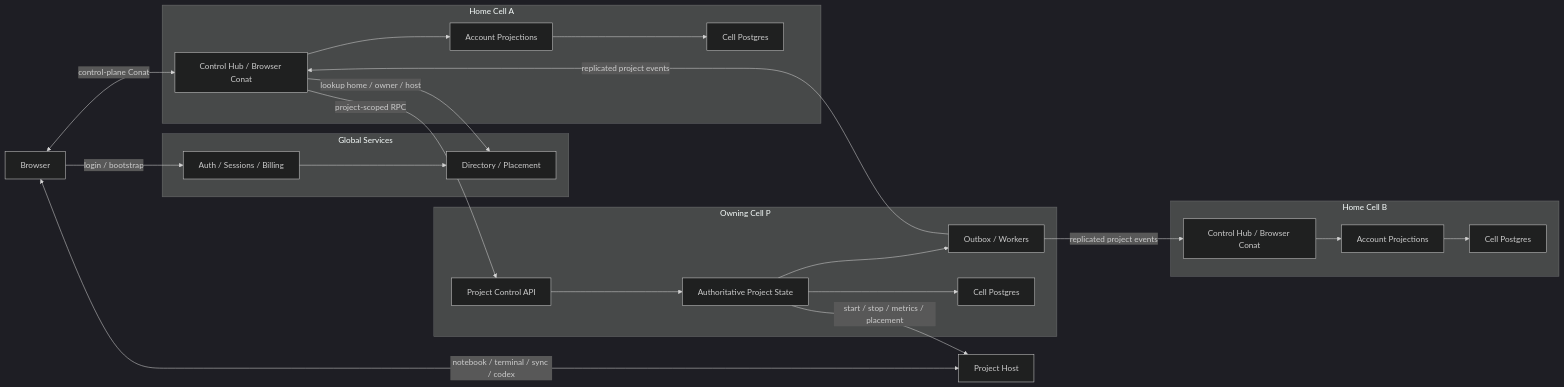
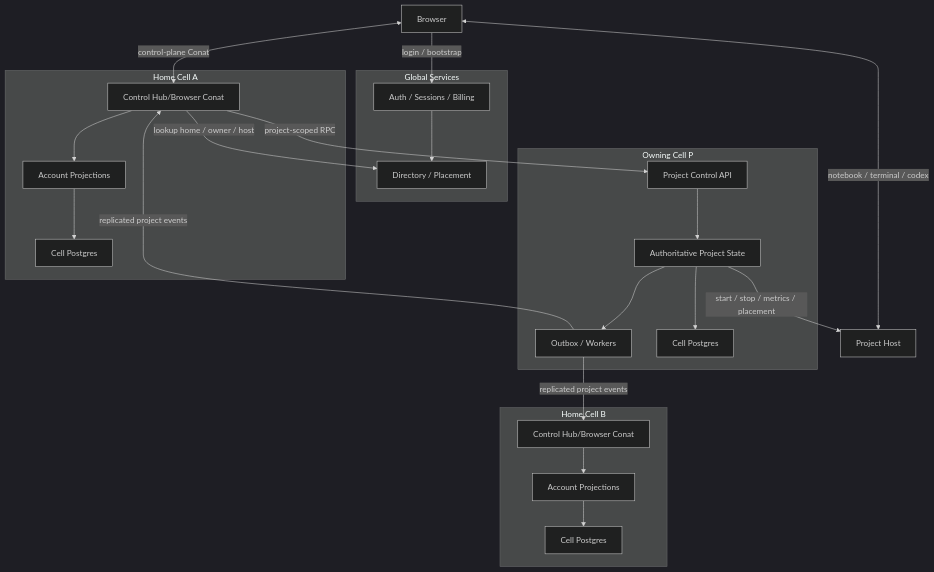
One commit to sagemathinc/cocalc-ai changed the diagram in src/.agents/scalable-architecture.md. Above: the diagram before and after it, drawn with Mermaid (dark theme). The commit also changed other lines of this file, not shown here.

First line of the commit message:
docs/architecture: add cell backup and R2 restore design

````diff
--- a/src/.agents/scalable-architecture.md
+++ b/src/.agents/scalable-architecture.md
@@ -44,49 +44,49 @@
 ```mermaid
-flowchart LR
+flowchart TD
   Browser["Browser"]
 
   subgraph Global["Global Services"]
     Auth["Auth / Sessions / Billing"]
     Dir["Directory / Placement"]
   end
 
   subgraph HomeA["Home Cell A"]
-    AHub["Control Hub / Browser Conat"]
+    AHub["Control Hub/Browser Conat"]
     AProj["Account Projections"]
     ADb["Cell Postgres"]
   end
 
   subgraph OwnerP["Owning Cell P"]
     PHub["Project Control API"]
     PAuth["Authoritative Project State"]
     POut["Outbox / Workers"]
     PDb["Cell Postgres"]
   end
 
   subgraph HomeB["Home Cell B"]
-    BHub["Control Hub / Browser Conat"]
+    BHub["Control Hub/Browser Conat"]
     BProj["Account Projections"]
     BDb["Cell Postgres"]
   end
 
   Host["Project Host"]
 
   Browser -->|login / bootstrap| Auth
   Auth --> Dir
   Browser <-->|control-plane Conat| AHub
   AHub -->|lookup home / owner / host| Dir
   AHub --> AProj
   AProj --> ADb
 
   AHub -->|project-scoped RPC| PHub
   PHub --> PAuth
   PAuth --> PDb
   PAuth -->|start / stop / metrics / placement| Host
-  Browser <-->|notebook / terminal / sync / codex| Host
+  Browser <-->|notebook / terminal / codex| Host
 
   PAuth --> POut
   POut -->|replicated project events| AHub
   POut -->|replicated project events| BHub
   BHub --> BProj
   BProj --> BDb
 ```
````
